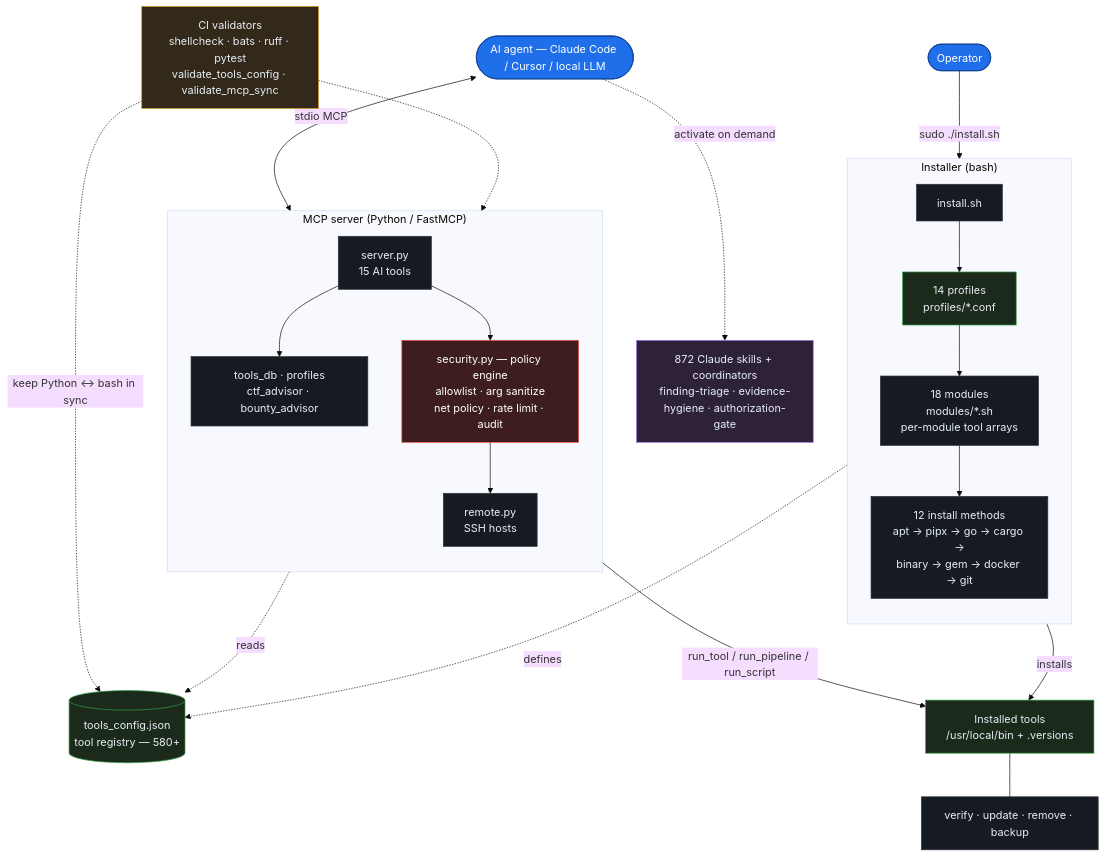
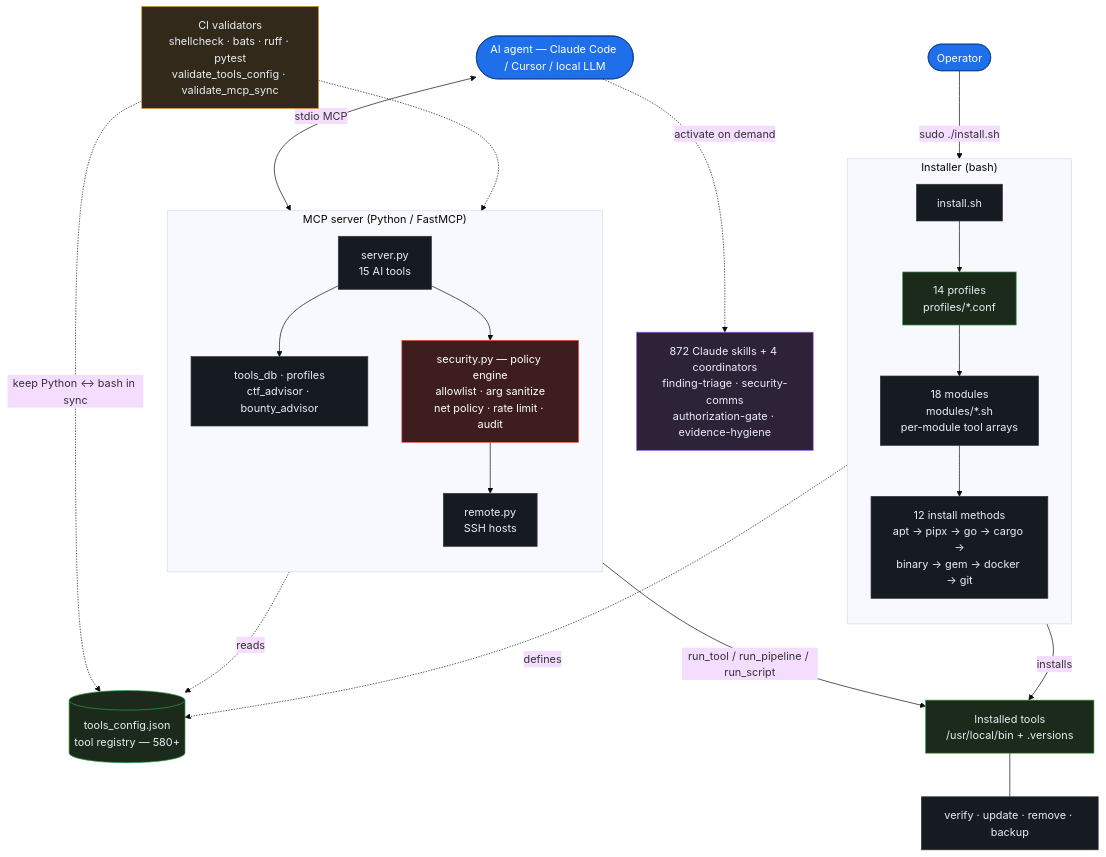
Before and after one commit to 26zl/cybersec-toolkit: the diagram in README.md, drawn with Mermaid (base theme). The commit also changed other lines of this file and 35 other files, not shown here.

````diff
--- a/README.md
+++ b/README.md
@@ -38,50 +38,50 @@
 ```mermaid
 flowchart TB
     user(["Operator"]):::actor
     ai(["AI agent — Claude Code / Cursor / local LLM"]):::actor
 
     subgraph INSTALL["Installer (bash)"]
         direction TB
         sh["install.sh"]:::core
         prof["14 profiles<br/>profiles/*.conf"]:::data
         mod["18 modules<br/>modules/*.sh<br/>per-module tool arrays"]:::core
         meth["12 install methods<br/>apt → pipx → go → cargo →<br/>binary → gem → docker → git"]:::core
         sh --> prof --> mod --> meth
     end
 
     subgraph MCP["MCP server (Python / FastMCP)"]
         direction TB
         srv["server.py<br/>15 AI tools"]:::core
         adv["tools_db · profiles<br/>ctf_advisor · bounty_advisor"]:::core
         sec["security.py — policy engine<br/>allowlist · arg sanitize<br/>net policy · rate limit · audit"]:::sec
         rem["remote.py<br/>SSH hosts"]:::core
         srv --> adv
         srv --> sec --> rem
     end
 
     reg[("tools_config.json<br/>tool registry — 580+")]:::data
     disk["Installed tools<br/>/usr/local/bin + .versions"]:::data
     post["verify · update · remove · backup"]:::core
-    skills["872 Claude skills + coordinators<br/>finding-triage · evidence-hygiene · authorization-gate"]:::skill
+    skills["872 Claude skills + 4 coordinators<br/>finding-triage · security-comms<br/>authorization-gate · evidence-hygiene"]:::skill
     ci["CI validators<br/>shellcheck · bats · ruff · pytest<br/>validate_tools_config · validate_mcp_sync"]:::ci
 
     user -->|"sudo ./install.sh"| sh
     ai <-->|"stdio MCP"| srv
     ai -.->|"activate on demand"| skills
 
     meth -->|"installs"| disk
     sec -->|"run_tool / run_pipeline / run_script"| disk
     disk --- post
 
     mod -.->|"defines"| reg
     adv -.->|"reads"| reg
     ci -.->|"keep Python ↔ bash in sync"| reg
     ci -.-> srv
 
     classDef actor fill:#1f6feb,stroke:#0b3d91,color:#ffffff;
     classDef core fill:#161b22,stroke:#30363d,color:#e6edf3;
     classDef data fill:#1c2a1c,stroke:#2ea043,color:#e6edf3;
     classDef sec fill:#3d1d1d,stroke:#f85149,color:#ffffff;
     classDef skill fill:#2d2238,stroke:#a371f7,color:#e6edf3;
     classDef ci fill:#33291a,stroke:#d29922,color:#e6edf3;
 ```
````
